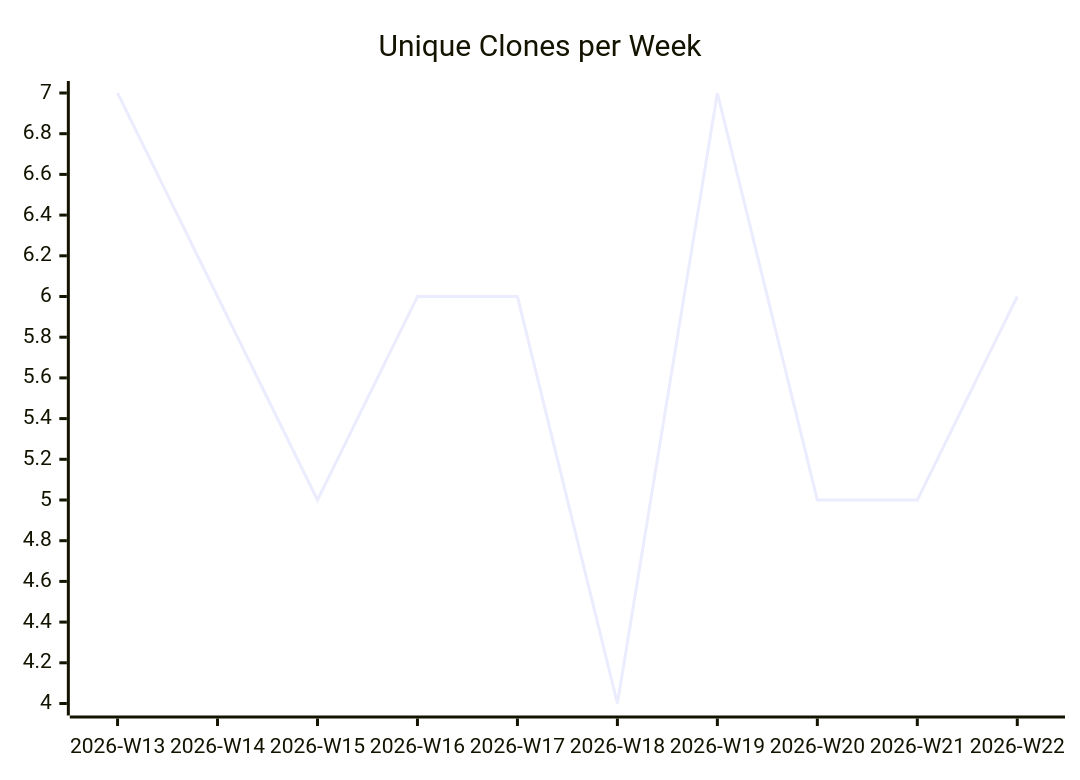
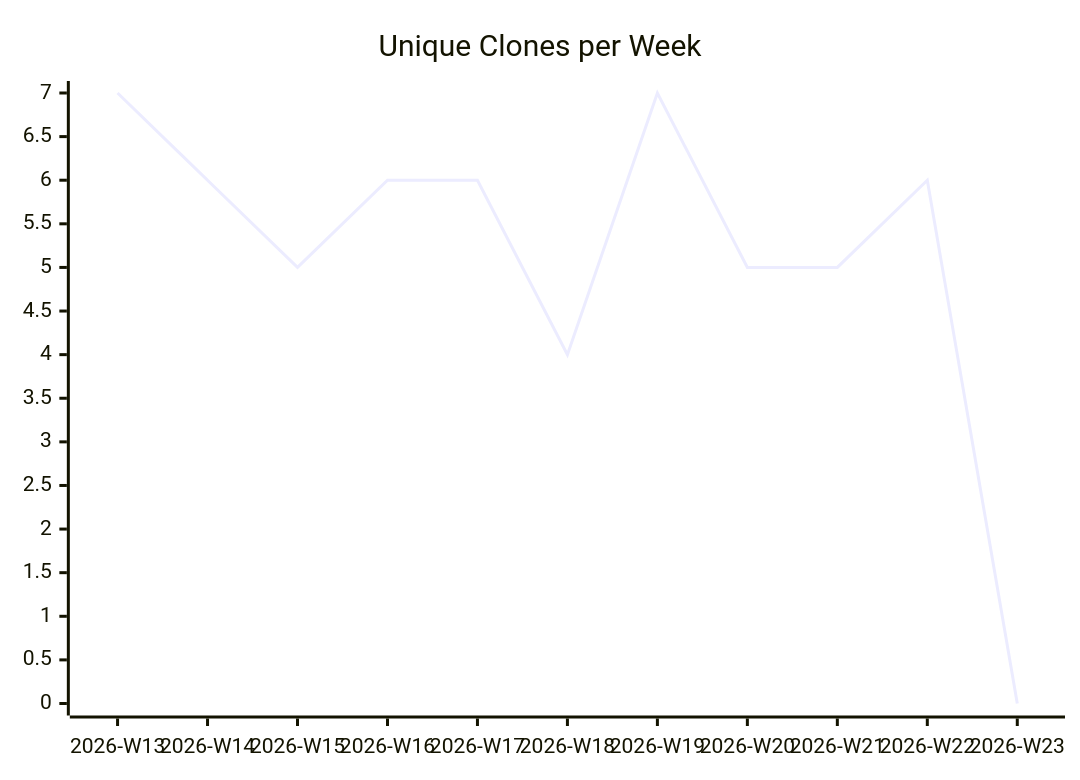
Before and after one commit to justdavis-family/github-analytics-data: the third of 3 diagrams in karlmdavis/lego-ev3dev-rs/README.md, drawn with Mermaid. The commit also changed other lines of this file and 186 other files, not shown here.

````diff
--- a/karlmdavis/lego-ev3dev-rs/README.md
+++ b/karlmdavis/lego-ev3dev-rs/README.md
@@ -19,6 +19,6 @@
 ```mermaid
 xychart-beta
   title "Unique Clones per Week"
-  x-axis ["2026-W13", "2026-W14", "2026-W15", "2026-W16", "2026-W17", "2026-W18", "2026-W19", "2026-W20", "2026-W21", "2026-W22"]
-  line [7, 6, 5, 6, 6, 4, 7, 5, 5, 6]
+  x-axis ["2026-W13", "2026-W14", "2026-W15", "2026-W16", "2026-W17", "2026-W18", "2026-W19", "2026-W20", "2026-W21", "2026-W22", "2026-W23"]
+  line [7, 6, 5, 6, 6, 4, 7, 5, 5, 6, 0]
 ```
````
